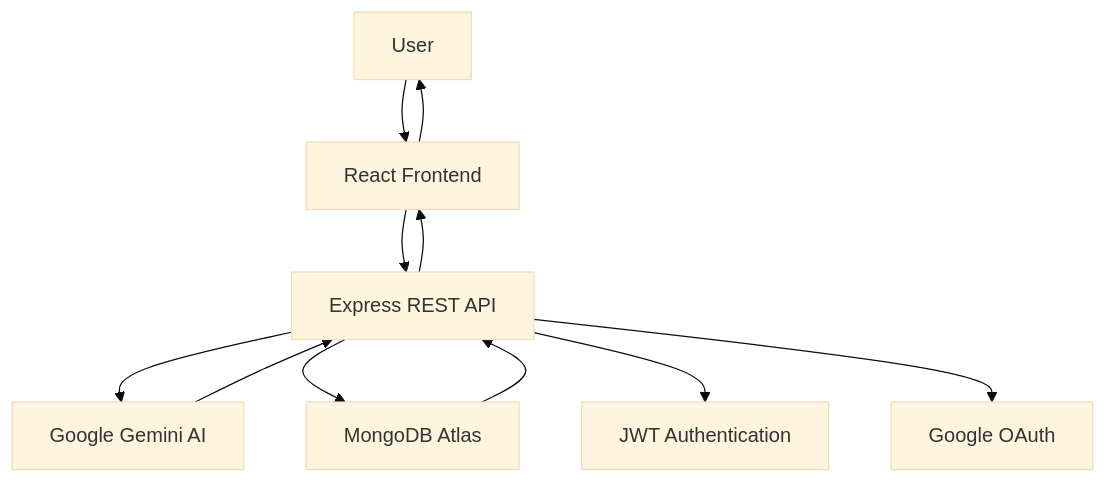
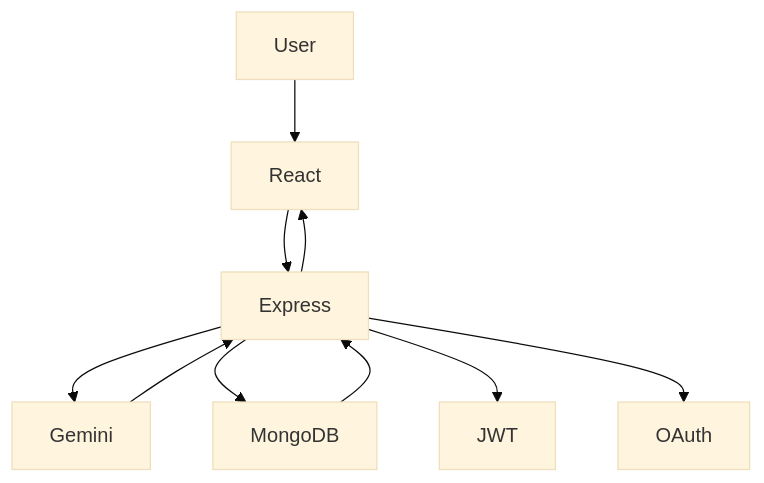
The first of 2 diagrams in README.md (Peethambari123/AI-Debate-Arena2), drawn with Mermaid (base theme) before and after one commit. The commit also changed other lines of this file, not shown here.

````diff
--- a/README.md
+++ b/README.md
@@ -409,25 +241,21 @@
 ```mermaid
 graph TD
 
-A[User]
+User --> React
 
-A --> B[React Frontend]
+React --> Express
 
-B --> C[Express REST API]
+Express --> Gemini
 
-C --> D[Google Gemini AI]
+Express --> MongoDB
 
-C --> E[MongoDB Atlas]
+Express --> JWT
 
-C --> F[JWT Authentication]
+Express --> OAuth
 
-C --> G[Google OAuth]
+MongoDB --> Express
 
-E --> C
+Gemini --> Express
 
-D --> C
-
-C --> B
-
-B --> A
+Express --> React
 ```
````
